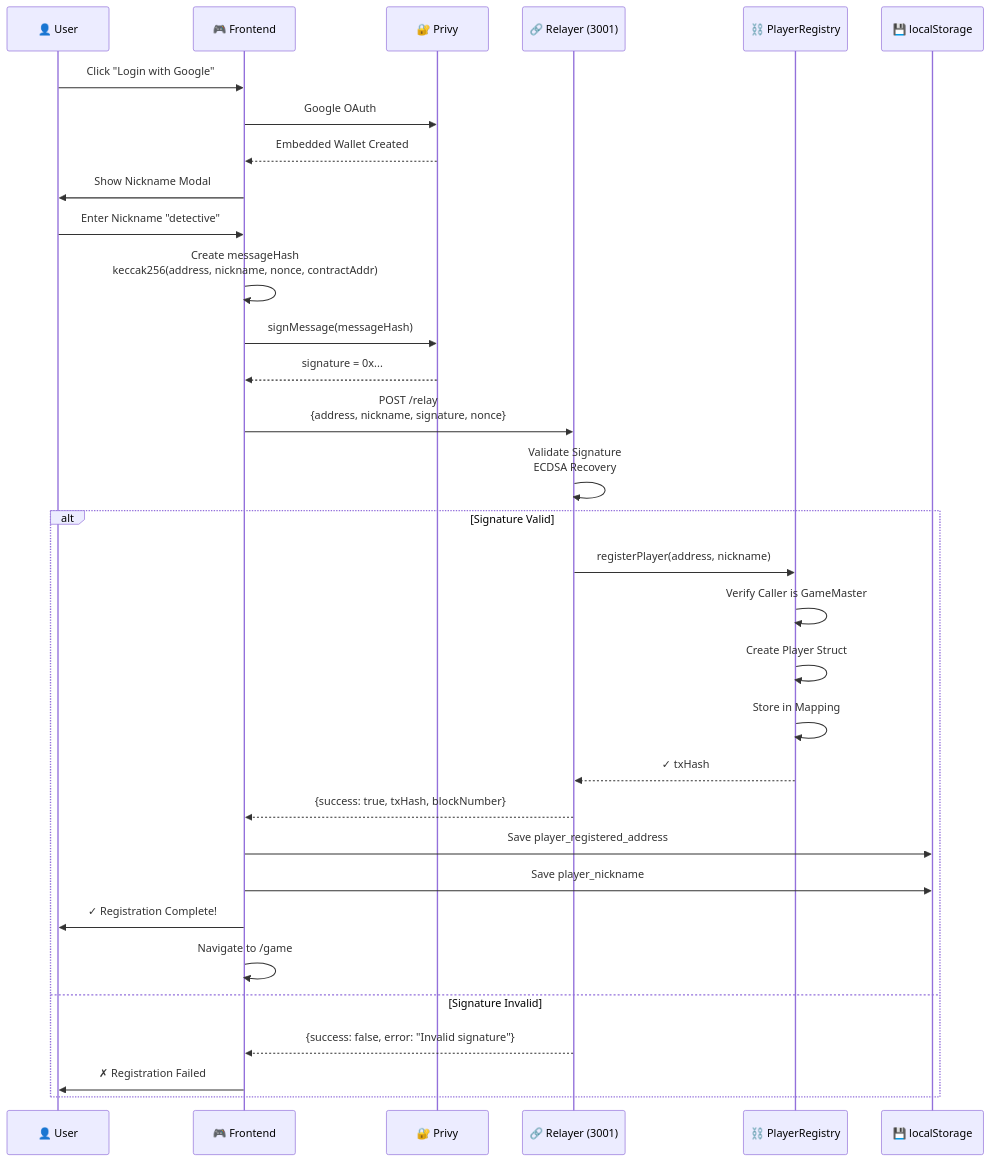
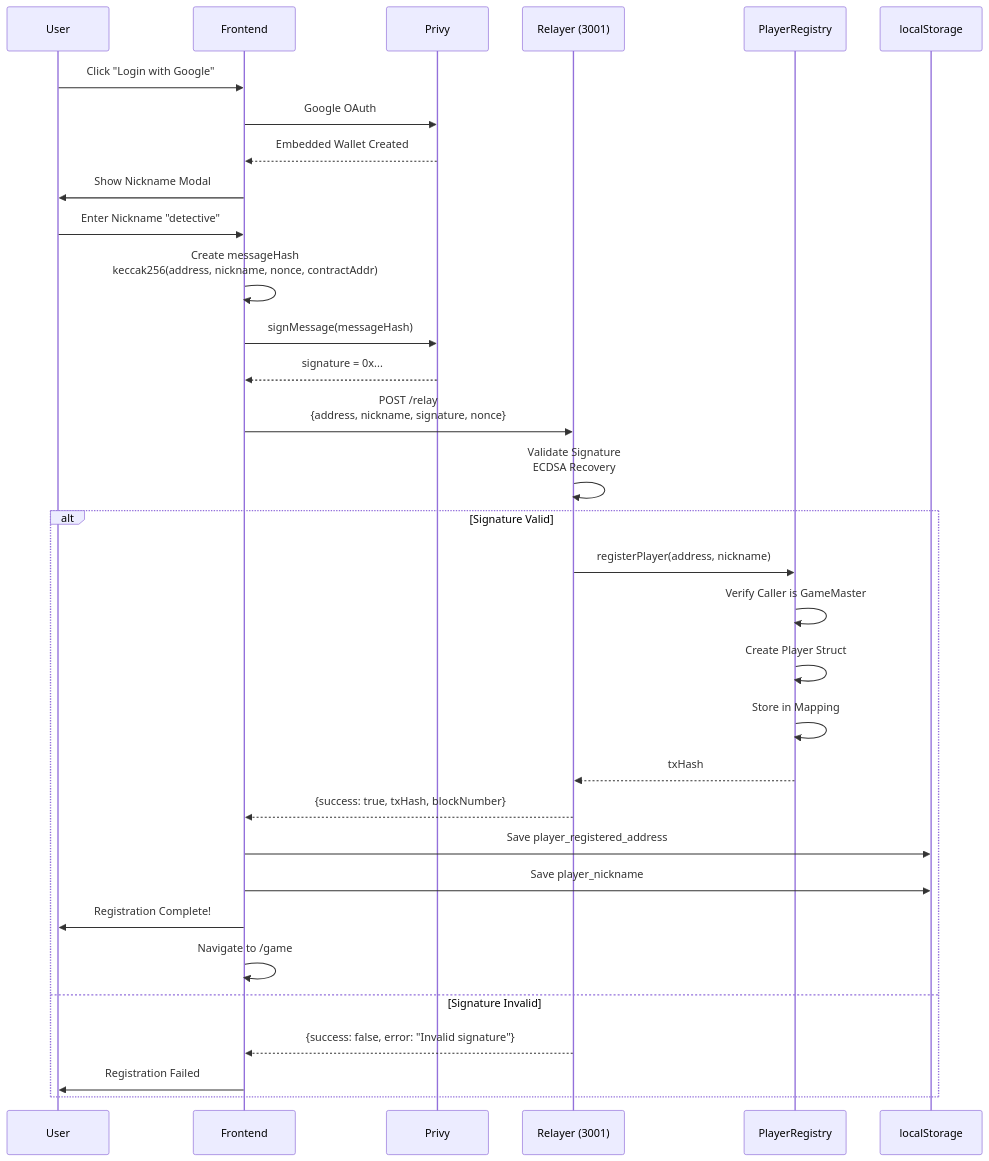
The second of 8 diagrams in docs/SYSTEM_DIAGRAMS.md (mtrn87/carmen-sandiego-onchain), drawn with Mermaid before and after one commit. The commit also changed other lines of this file and 2 other files, not shown here.

First line of the commit message:
docs: fix outdated diagrams, broken links, and add docs navigation

````diff
--- a/docs/SYSTEM_DIAGRAMS.md
+++ b/docs/SYSTEM_DIAGRAMS.md
@@ -93,39 +103,39 @@
 ```mermaid
 sequenceDiagram
-    participant User as 👤 User
-    participant Frontend as 🎮 Frontend
-    participant Privy as 🔐 Privy
-    participant Relayer as 🔗 Relayer (3001)
-    participant Contract as ⛓️ PlayerRegistry
-    participant Storage as 💾 localStorage
+    participant User as User
+    participant Frontend as Frontend
+    participant Privy as Privy
+    participant Relayer as Relayer (3001)
+    participant Contract as PlayerRegistry
+    participant Storage as localStorage
 
     User->>Frontend: Click "Login with Google"
     Frontend->>Privy: Google OAuth
     Privy-->>Frontend: Embedded Wallet Created
     Frontend->>User: Show Nickname Modal
-    
+
     User->>Frontend: Enter Nickname "detective"
     Frontend->>Frontend: Create messageHash<br/>keccak256(address, nickname, nonce, contractAddr)
     Frontend->>Privy: signMessage(messageHash)
     Privy-->>Frontend: signature = 0x...
-    
+
     Frontend->>Relayer: POST /relay<br/>{address, nickname, signature, nonce}
-    
+
     Relayer->>Relayer: Validate Signature<br/>ECDSA Recovery
     alt Signature Valid
         Relayer->>Contract: registerPlayer(address, nickname)
         Contract->>Contract: Verify Caller is GameMaster
         Contract->>Contract: Create Player Struct
         Contract->>Contract: Store in Mapping
-        Contract-->>Relayer: ✓ txHash
+        Contract-->>Relayer: txHash
         Relayer-->>Frontend: {success: true, txHash, blockNumber}
-        
+
         Frontend->>Storage: Save player_registered_address
         Frontend->>Storage: Save player_nickname
-        Frontend->>User: ✓ Registration Complete!
+        Frontend->>User: Registration Complete!
         Frontend->>Frontend: Navigate to /game
     else Signature Invalid
         Relayer-->>Frontend: {success: false, error: "Invalid signature"}
-        Frontend->>User: ✗ Registration Failed
+        Frontend->>User: Registration Failed
     end
 ```
````
